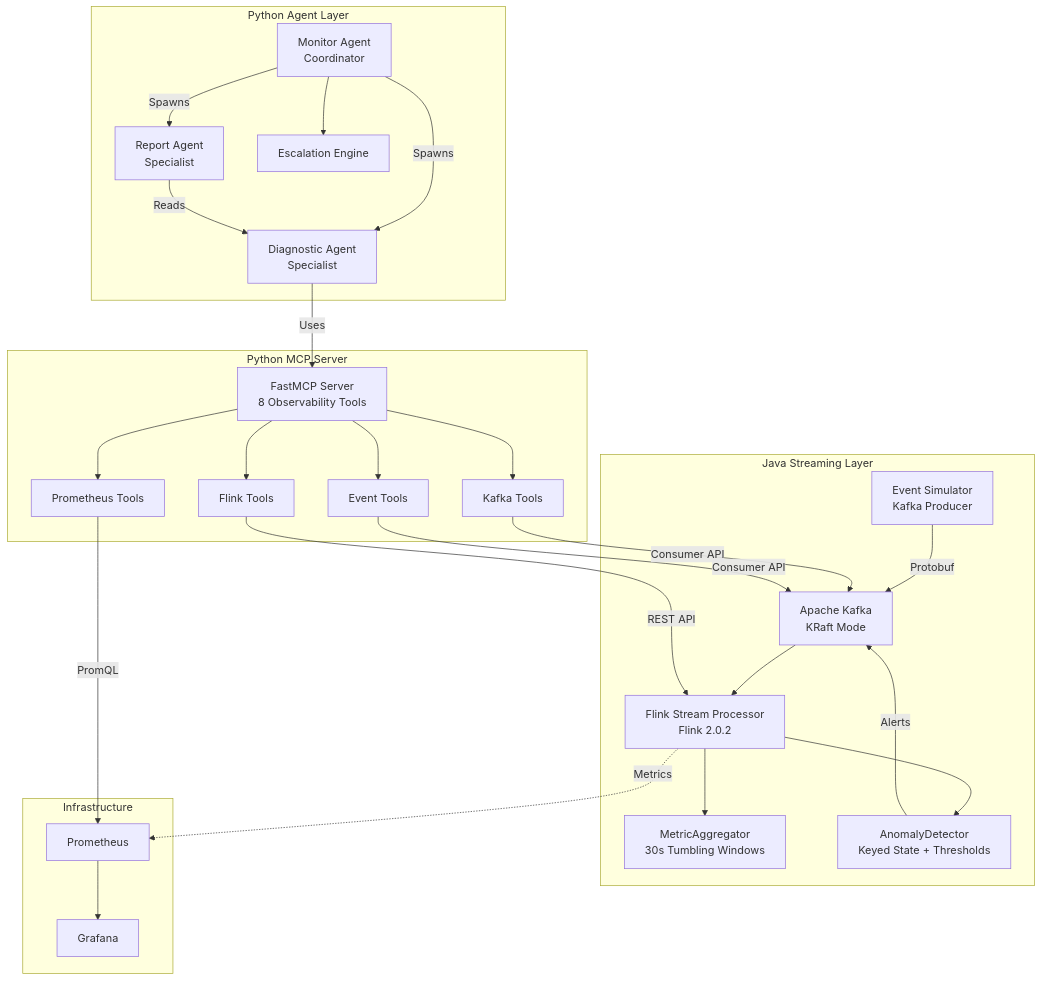
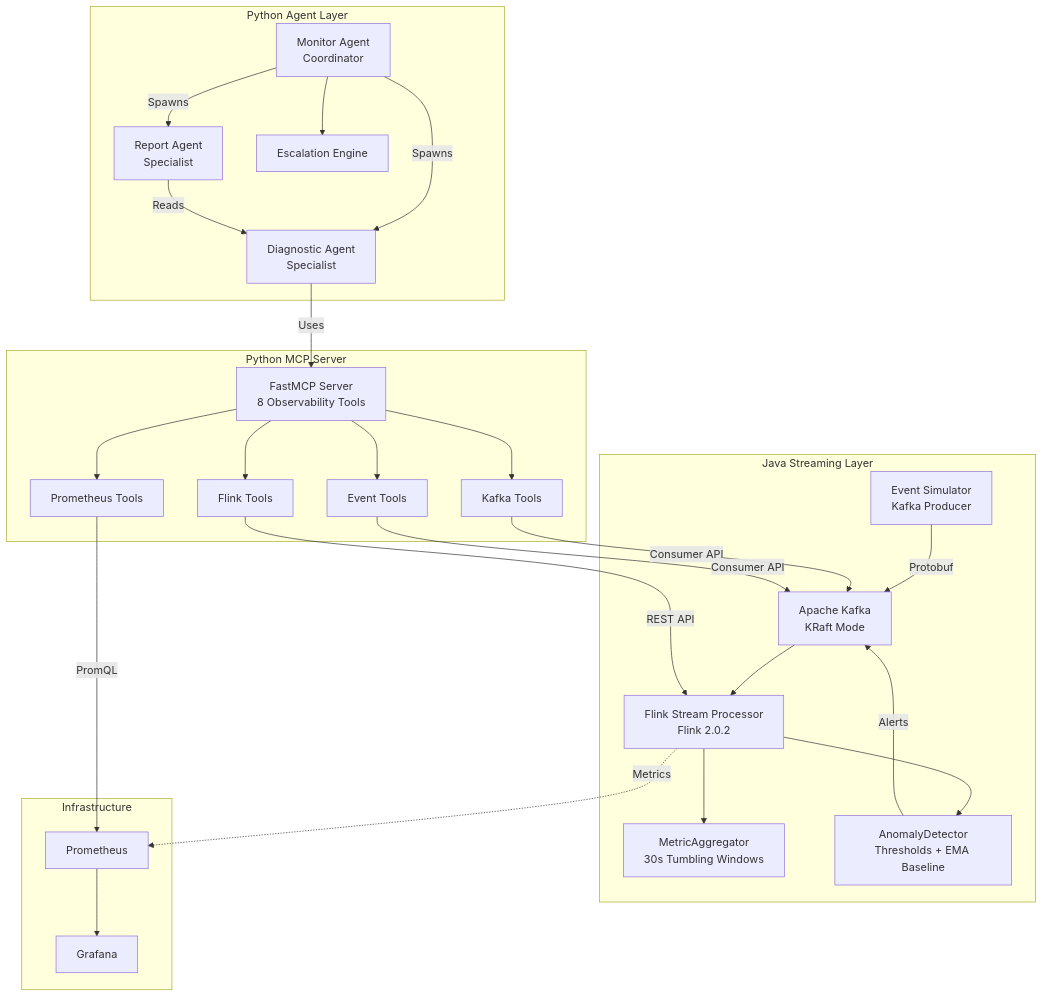
The first of 7 diagrams in README.md (atomicdragonranch/streamops-agent), drawn with Mermaid before and after one commit. The commit also changed other lines of this file and 7 other files, not shown here.

First line of the commit message:
feat(processor): EMA-baseline anomaly detection + per-metric keying (#73)

````diff
--- a/README.md
+++ b/README.md
@@ -24,50 +24,50 @@
 ```mermaid
 graph TB
     subgraph "Java Streaming Layer"
         ES[Event Simulator<br/>Kafka Producer]
         K[Apache Kafka<br/>KRaft Mode]
         FP[Flink Stream Processor<br/>Flink 2.0.2]
         MA[MetricAggregator<br/>30s Tumbling Windows]
-        AD[AnomalyDetector<br/>Keyed State + Thresholds]
+        AD[AnomalyDetector<br/>Thresholds + EMA Baseline]
     end
 
     subgraph "Python MCP Server"
         MCP[FastMCP Server<br/>8 Observability Tools]
         FT[Flink Tools]
         KT[Kafka Tools]
         PT[Prometheus Tools]
         ET[Event Tools]
     end
 
     subgraph "Python Agent Layer"
         MON[Monitor Agent<br/>Coordinator]
         DIAG[Diagnostic Agent<br/>Specialist]
         REP[Report Agent<br/>Specialist]
         ESC[Escalation Engine]
     end
 
     subgraph "Infrastructure"
         PROM[Prometheus]
         GRAF[Grafana]
     end
 
     ES -->|Protobuf| K
     K --> FP
     FP --> MA
     FP --> AD
     AD -->|Alerts| K
     FP -.->|Metrics| PROM
     PROM --> GRAF
 
     MCP --> FT & KT & PT & ET
     FT -->|REST API| FP
     KT -->|Consumer API| K
     PT -->|PromQL| PROM
     ET -->|Consumer API| K
 
     MON -->|Spawns| DIAG
     MON -->|Spawns| REP
     DIAG -->|Uses| MCP
     REP -->|Reads| DIAG
     MON --> ESC
 ```
````
